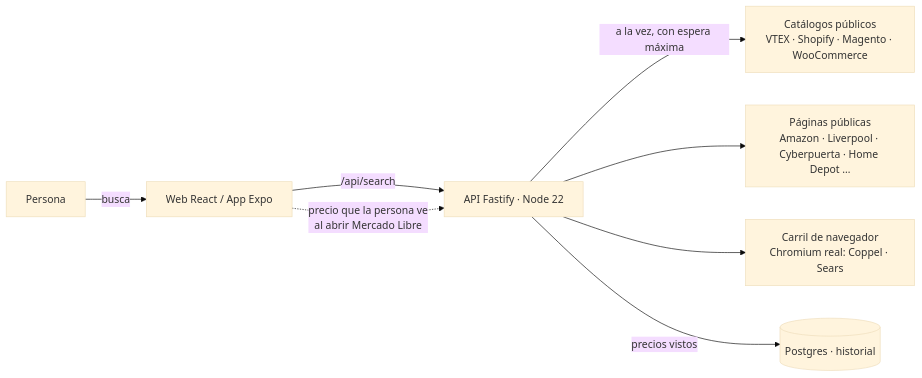
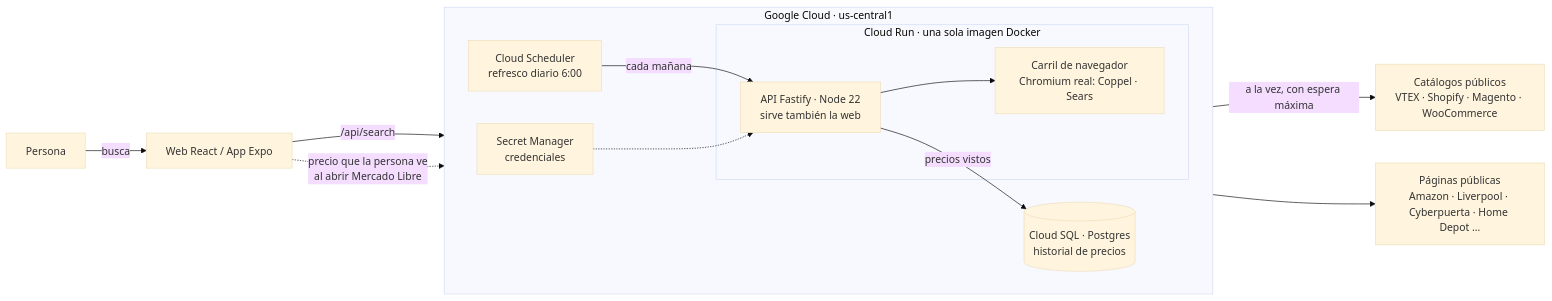
One commit to Robertogag/precioradar changed the diagram in README.md. Above: the diagram before and after it, drawn with Mermaid (base theme). The commit also changed other lines of this file, not shown here.

Commit message:
README: Google Cloud en el diagrama y en Cómo funciona (Cloud Run, Cloud SQL, Scheduler, Secret Manager, Build, Monitoring)

````diff
--- a/README.md
+++ b/README.md
@@ -47,10 +47,22 @@
 ```mermaid
 flowchart LR
   U[Persona] -->|busca| W[Web React / App Expo]
-  W -->|/api/search| A[API Fastify · Node 22]
+  subgraph GCP[Google Cloud · us-central1]
+    direction LR
+    subgraph RUN[Cloud Run · una sola imagen Docker]
+      A[API Fastify · Node 22<br/>sirve también la web]
+      T3[Carril de navegador<br/>Chromium real: Coppel · Sears]
+    end
+    P[(Cloud SQL · Postgres<br/>historial de precios)]
+    S[Cloud Scheduler<br/>refresco diario 6:00]
+    SM[Secret Manager<br/>credenciales]
+  end
+  W -->|/api/search| A
+  A --> T3
   A -->|a la vez, con espera máxima| T1[Catálogos públicos<br/>VTEX · Shopify · Magento · WooCommerce]
   A --> T2[Páginas públicas<br/>Amazon · Liverpool · Cyberpuerta · Home Depot …]
-  A --> T3[Carril de navegador<br/>Chromium real: Coppel · Sears]
-  A -->|precios vistos| P[(Postgres · historial)]
+  A -->|precios vistos| P
+  S -->|cada mañana| A
+  SM -.-> A
   W -.->|precio que la persona ve<br/>al abrir Mercado Libre| A
 ```
````
